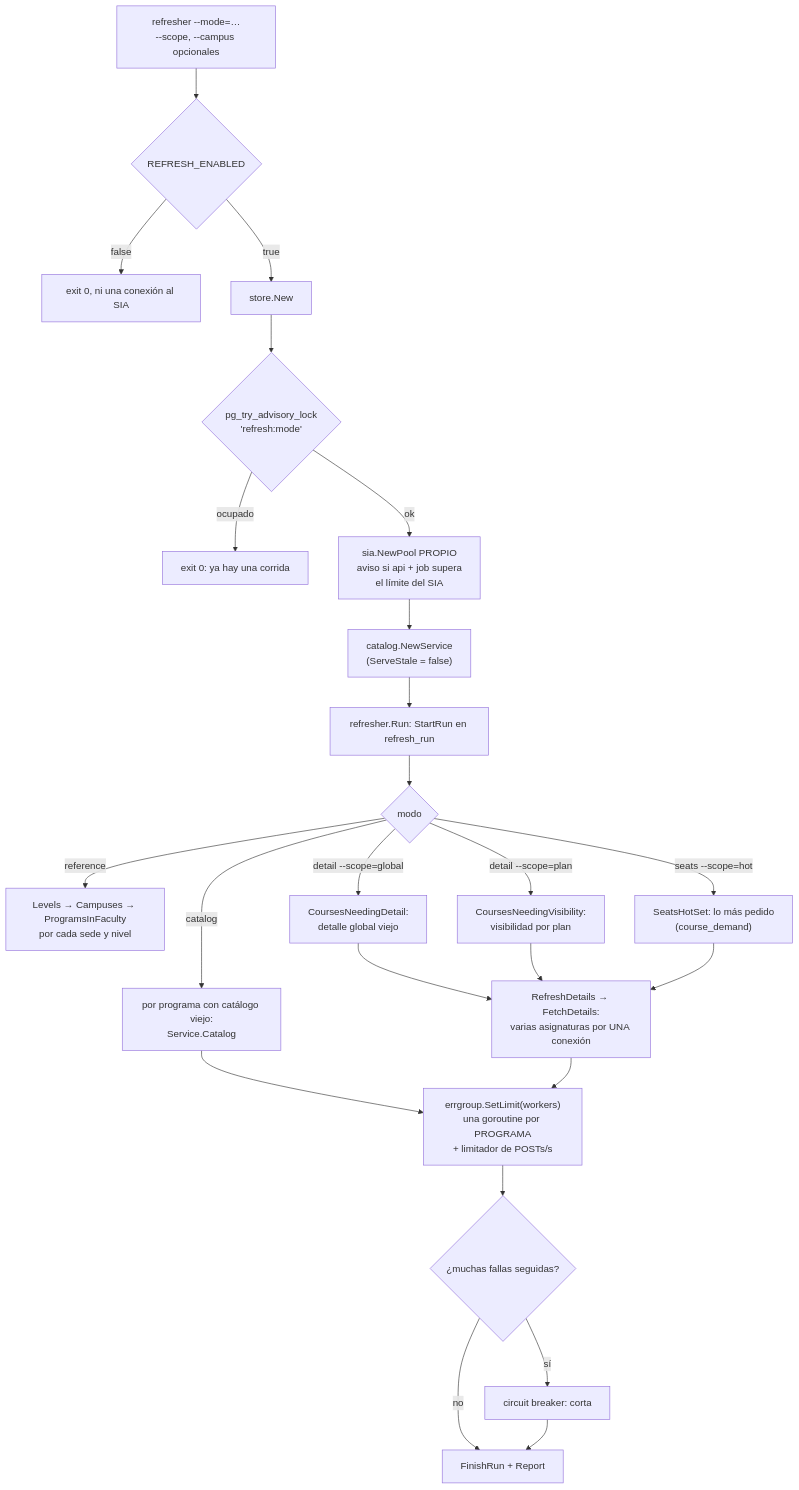
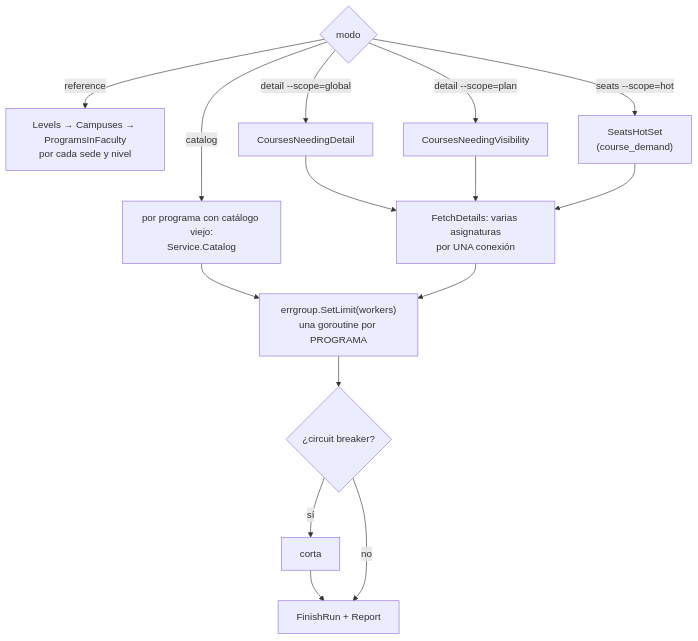
Before and after one commit to gabotachak/sia-unal-bridge: diagram 20 of 22 in docs/DIAGRAMS.md, drawn with Mermaid. The commit also changed other lines of this file and 4 other files, not shown here.

First line of the commit message:
docs: parte en dos los diagramas del pool y del Refresher, y verifica MAX_ITEMS

````diff
--- a/docs/DIAGRAMS.md
+++ b/docs/DIAGRAMS.md
@@ -672,29 +696,16 @@
 ```mermaid
 flowchart TD
-    start["refresher --mode=…<br/>--scope, --campus opcionales"] --> en{"REFRESH_ENABLED"}
-    en -- false --> bye["exit 0, ni una conexión al SIA"]
-    en -- true --> st["store.New"]
-    st --> lock{"pg_try_advisory_lock<br/>'refresh:mode'"}
-    lock -- "ocupado" --> skip["exit 0: ya hay una corrida"]
-    lock -- ok --> pool["sia.NewPool PROPIO<br/>aviso si api + job supera<br/>el límite del SIA"]
-    pool --> svc["catalog.NewService<br/>(ServeStale = false)"]
-    svc --> run["refresher.Run: StartRun en refresh_run"]
-    run --> mode{"modo"}
-
-    mode -- reference --> mr["Levels → Campuses → ProgramsInFaculty<br/>por cada sede y nivel"]
+    mode{"modo"} -- reference --> mr["Levels → Campuses → ProgramsInFaculty<br/>por cada sede y nivel"]
     mode -- catalog --> mc["por programa con catálogo viejo:<br/>Service.Catalog"]
-    mode -- "detail --scope=global" --> md["CoursesNeedingDetail:<br/>detalle global viejo"]
-    mode -- "detail --scope=plan" --> mp["CoursesNeedingVisibility:<br/>visibilidad por plan"]
-    mode -- "seats --scope=hot" --> ms["SeatsHotSet: lo más pedido<br/>(course_demand)"]
-
-    md --> fd["RefreshDetails → FetchDetails:<br/>varias asignaturas por UNA conexión"]
+    mode -- "detail --scope=global" --> md["CoursesNeedingDetail"]
+    mode -- "detail --scope=plan" --> mp["CoursesNeedingVisibility"]
+    mode -- "seats --scope=hot" --> ms["SeatsHotSet<br/>(course_demand)"]
+    md --> fd["FetchDetails: varias asignaturas<br/>por UNA conexión"]
     mp --> fd
     ms --> fd
-
-    mc --> eg
-    fd --> eg["errgroup.SetLimit(workers)<br/>una goroutine por PROGRAMA<br/>+ limitador de POSTs/s"]
-    eg --> cb{"¿muchas fallas seguidas?"}
-    cb -- sí --> brk["circuit breaker: corta"]
-    cb -- no --> fin["FinishRun + Report"]
-    brk --> fin
+    mc --> eg["errgroup.SetLimit(workers)<br/>una goroutine por PROGRAMA"]
+    fd --> eg
+    eg --> cb{"¿circuit breaker?"}
+    cb -- sí --> brk["corta"] --> fin["FinishRun + Report"]
+    cb -- no --> fin
 ```
````
